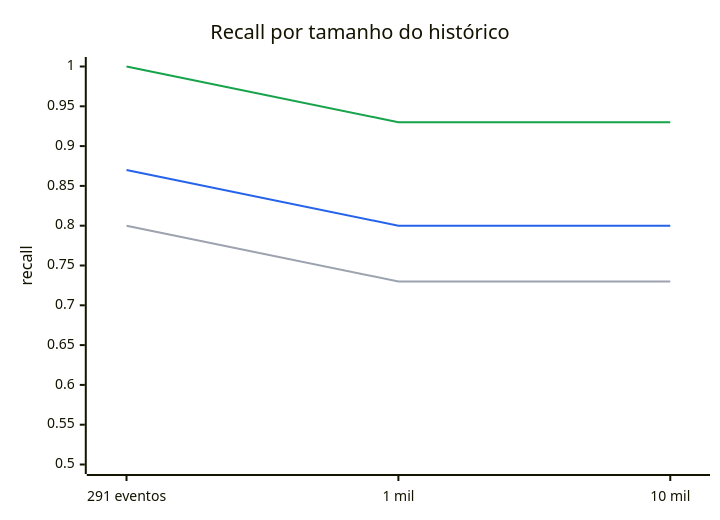
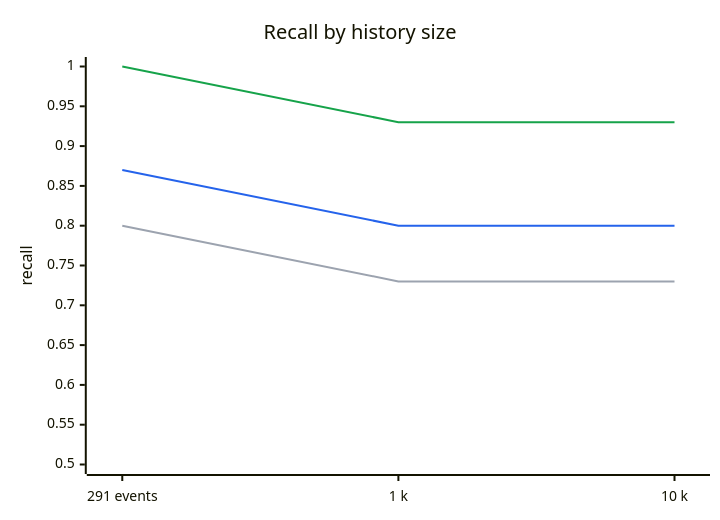
One commit to Chipskein/cade changed the eighth of 8 diagrams in docs/BENCHMARKS.md. Above: the diagram before and after it, drawn with Mermaid. The commit also changed other lines of this file and 6 other files, not shown here.

````diff
--- a/docs/BENCHMARKS.md
+++ b/docs/BENCHMARKS.md
@@ -380,15 +380,15 @@
 ```mermaid
 ---
 config:
   themeVariables:
     xyChart:
       plotColorPalette: "#9ca3af, #2563eb, #16a34a"
 ---
 xychart-beta
-  title "Recall por tamanho do histórico"
-  x-axis ["291 eventos", "1 mil", "10 mil"]
+  title "Recall by history size"
+  x-axis ["291 events", "1 k", "10 k"]
   y-axis "recall" 0.5 --> 1
   line [0.80, 0.73, 0.73]
   line [0.87, 0.80, 0.80]
   line [1.00, 0.93, 0.93]
 ```
````
